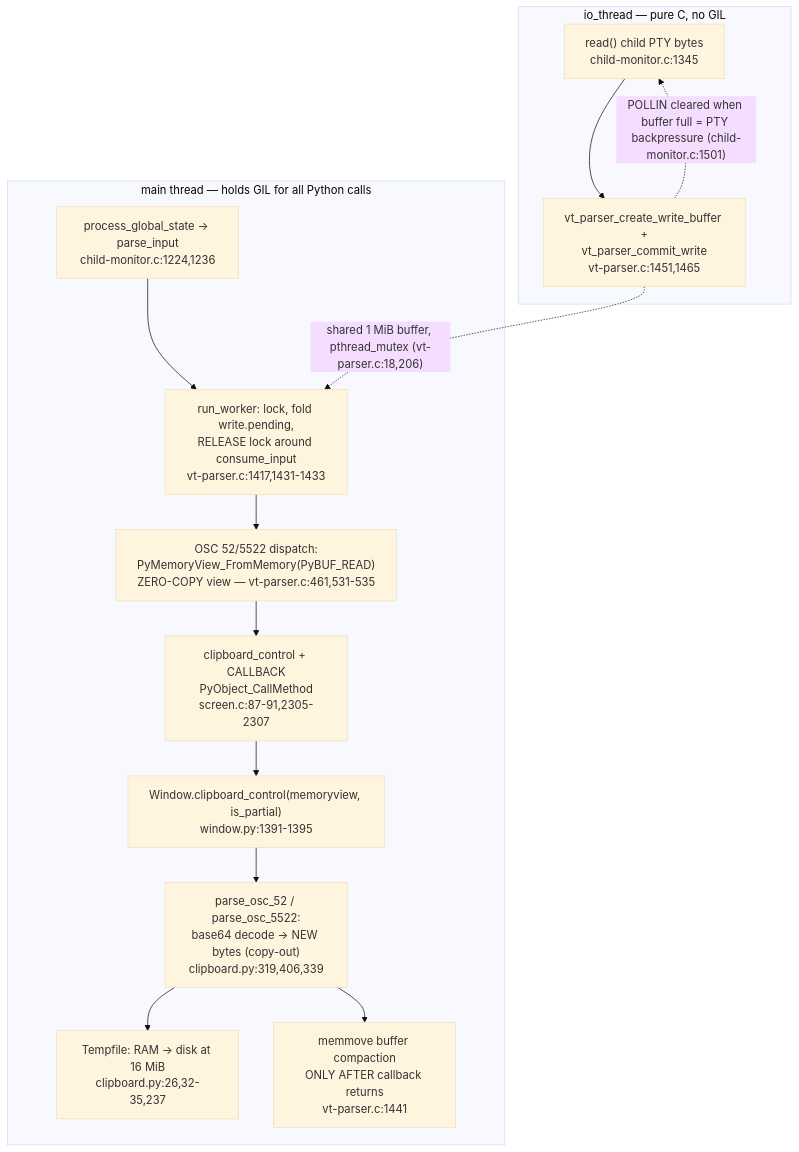
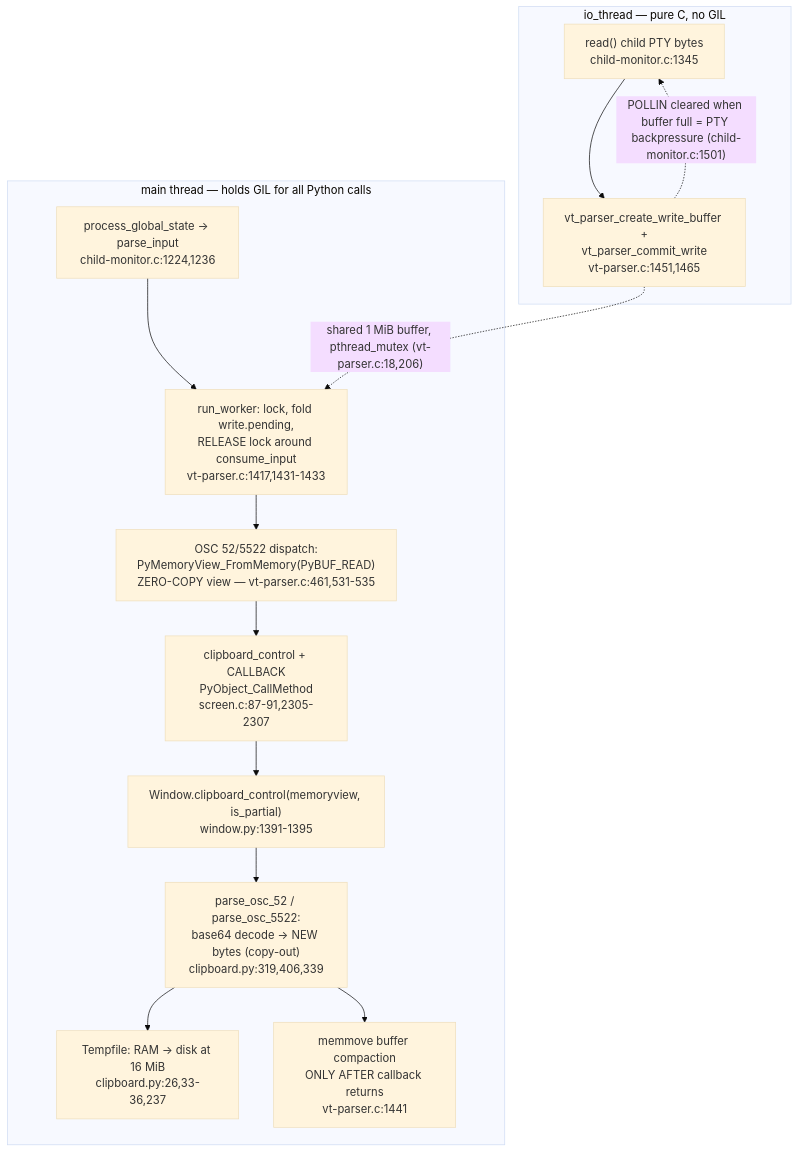
One commit to blitzy-research/kitty changed the diagram in blitzy/documentation/kitty_815df1e210e0.md. Above: the diagram before and after it, drawn with Mermaid (base theme). The commit also changed other lines of this file, not shown here.

````diff
--- a/blitzy/documentation/kitty_815df1e210e0.md
+++ b/blitzy/documentation/kitty_815df1e210e0.md
@@ -969,19 +969,19 @@
 ```mermaid
 flowchart TD
     subgraph IO["io_thread — pure C, no GIL"]
         A["read() child PTY bytes<br/>child-monitor.c:1345"]
         A --> B["vt_parser_create_write_buffer +<br/>vt_parser_commit_write<br/>vt-parser.c:1451,1465"]
     end
     subgraph MAIN["main thread — holds GIL for all Python calls"]
         C["process_global_state → parse_input<br/>child-monitor.c:1224,1236"]
         C --> D["run_worker: lock, fold write.pending,<br/>RELEASE lock around consume_input<br/>vt-parser.c:1417,1431-1433"]
         D --> E["OSC 52/5522 dispatch:<br/>PyMemoryView_FromMemory(PyBUF_READ)<br/>ZERO-COPY view — vt-parser.c:461,531-535"]
         E --> F["clipboard_control + CALLBACK<br/>PyObject_CallMethod<br/>screen.c:87-91,2305-2307"]
         F --> G["Window.clipboard_control(memoryview, is_partial)<br/>window.py:1391-1395"]
         G --> H["parse_osc_52 / parse_osc_5522:<br/>base64 decode → NEW bytes (copy-out)<br/>clipboard.py:319,406,339"]
-        H --> I["Tempfile: RAM → disk at 16 MiB<br/>clipboard.py:26,32-35,237"]
+        H --> I["Tempfile: RAM → disk at 16 MiB<br/>clipboard.py:26,33-36,237"]
         H --> J["memmove buffer compaction<br/>ONLY AFTER callback returns<br/>vt-parser.c:1441"]
     end
     B -. "shared 1 MiB buffer, pthread_mutex (vt-parser.c:18,206)" .-> D
     B -. "POLLIN cleared when buffer full = PTY backpressure (child-monitor.c:1501)" .-> A
 ```
````
